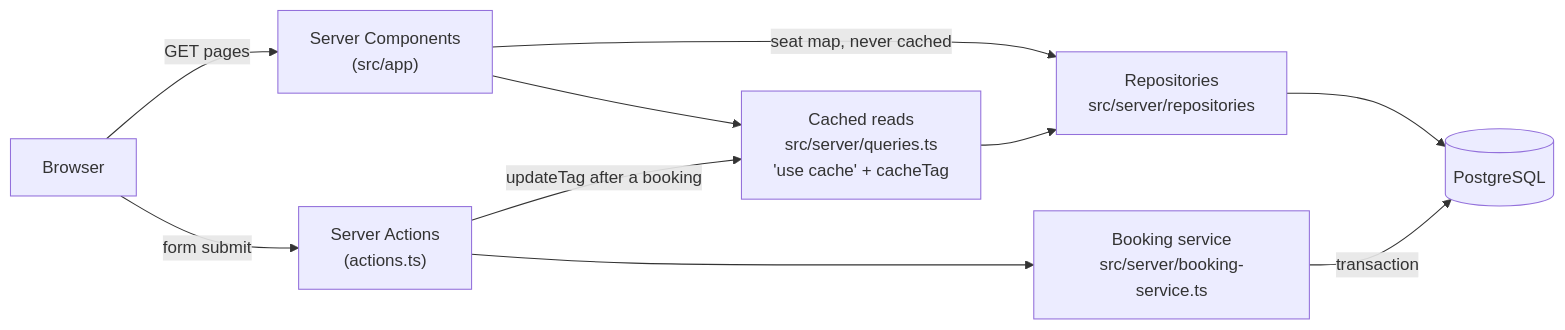
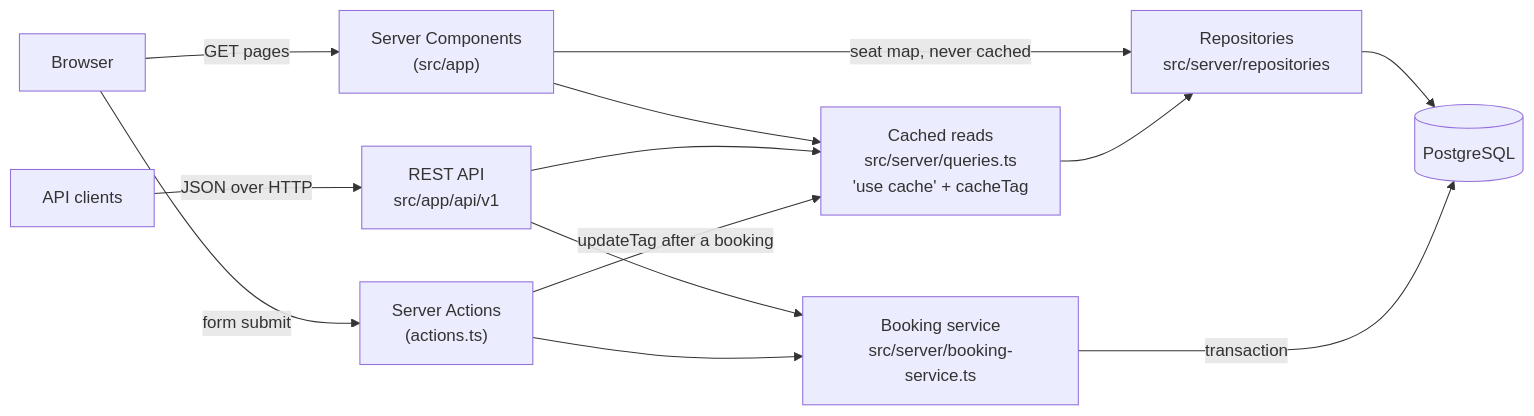
Before and after one commit to aliaksandr-yanchuk/event-booking-saas: the diagram in README.md, drawn with Mermaid. The commit also changed other lines of this file and 18 other files, not shown here.

First line of the commit message:
Add versioned REST API on top of the existing service layer

````diff
--- a/README.md
+++ b/README.md
@@ -39,12 +40,15 @@
 ```mermaid
 flowchart LR
   Browser -->|"GET pages"| Pages["Server Components<br/>(src/app)"]
   Browser -->|"form submit"| Actions["Server Actions<br/>(actions.ts)"]
+  Client["API clients"] -->|"JSON over HTTP"| API["REST API<br/>src/app/api/v1"]
   Pages --> Queries["Cached reads<br/>src/server/queries.ts<br/>'use cache' + cacheTag"]
   Pages -->|"seat map, never cached"| Repos
+  API --> Queries
+  API --> Service
   Queries --> Repos["Repositories<br/>src/server/repositories"]
   Actions --> Service["Booking service<br/>src/server/booking-service.ts"]
   Actions -->|"updateTag after a booking"| Queries
   Repos --> DB[(PostgreSQL)]
   Service -->|"transaction"| DB
 ```
````
